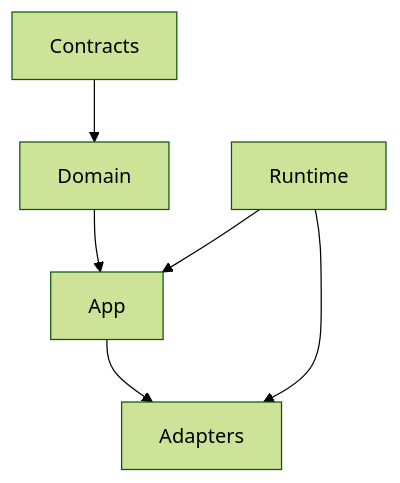
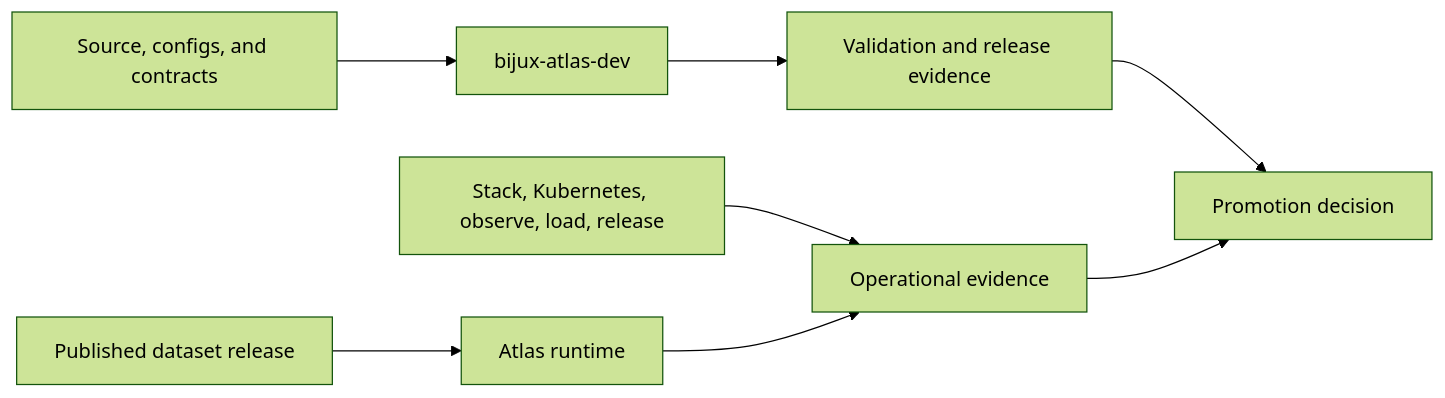
Before and after one commit to bijux/bijux-atlas: the third of 3 diagrams in docs/bijux-atlas/runtime/system-overview.md, drawn with Mermaid (forest theme). The commit also changed other lines of this file and 2 other files, not shown here.

Commit message:
docs(runtime): define product and request architecture

````diff
--- a/docs/bijux-atlas/runtime/system-overview.md
+++ b/docs/bijux-atlas/runtime/system-overview.md
@@ -55,8 +91,10 @@
 ```mermaid
-flowchart TD
-    Contracts[Contracts] --> Domain[Domain]
-    Domain --> App[App]
-    App --> Adapters[Adapters]
-    Runtime[Runtime] --> Adapters
-    Runtime --> App
+flowchart LR
+    Repository[Source, configs, and contracts] --> Dev[bijux-atlas-dev]
+    Dev --> ReleaseEvidence[Validation and release evidence]
+    Ops[Stack, Kubernetes, observe, load, release] --> OpsEvidence[Operational evidence]
+    Published[Published dataset release] --> Runtime[Atlas runtime]
+    Runtime --> OpsEvidence
+    ReleaseEvidence --> Decision[Promotion decision]
+    OpsEvidence --> Decision
 ```
````
